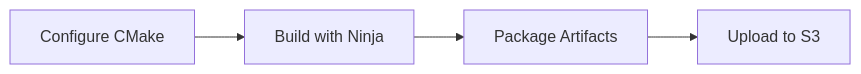
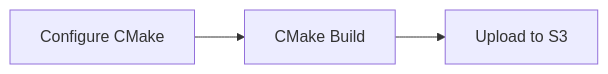
The second of 3 diagrams in docs/development/ci_overview.md (ROCm/TheRock), drawn with Mermaid before and after one commit. The commit also changed other lines of this file and 1 other file, not shown here.

````diff
--- a/docs/development/ci_overview.md
+++ b/docs/development/ci_overview.md
@@ -46,6 +48,5 @@
 ```mermaid
 graph LR
-    A[Configure CMake] --> B[Build with Ninja]
-    B --> C[Package Artifacts]
-    C --> D[Upload to S3]
+    A[Configure CMake] --> B[CMake Build]
+    B --> D[Upload to S3]
 ```
````
